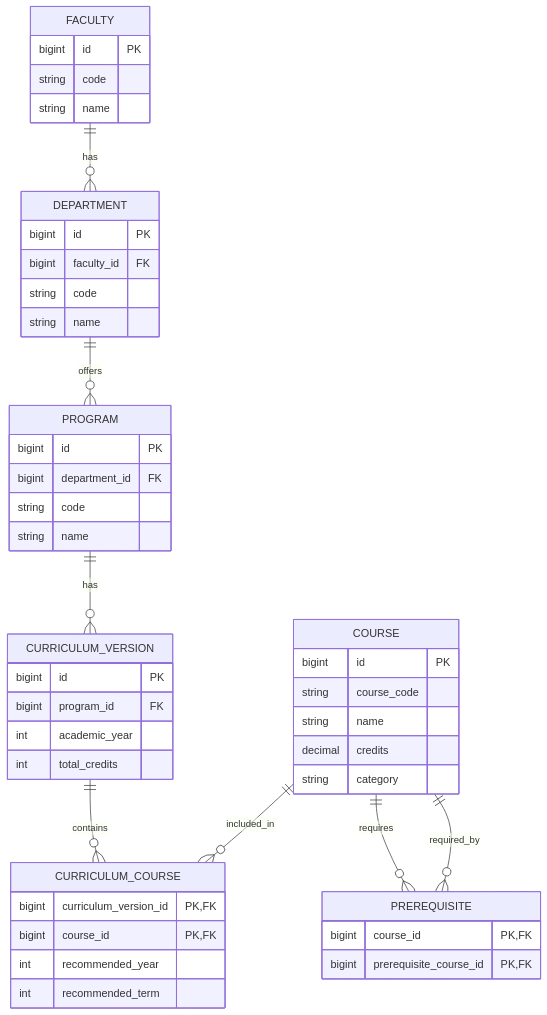
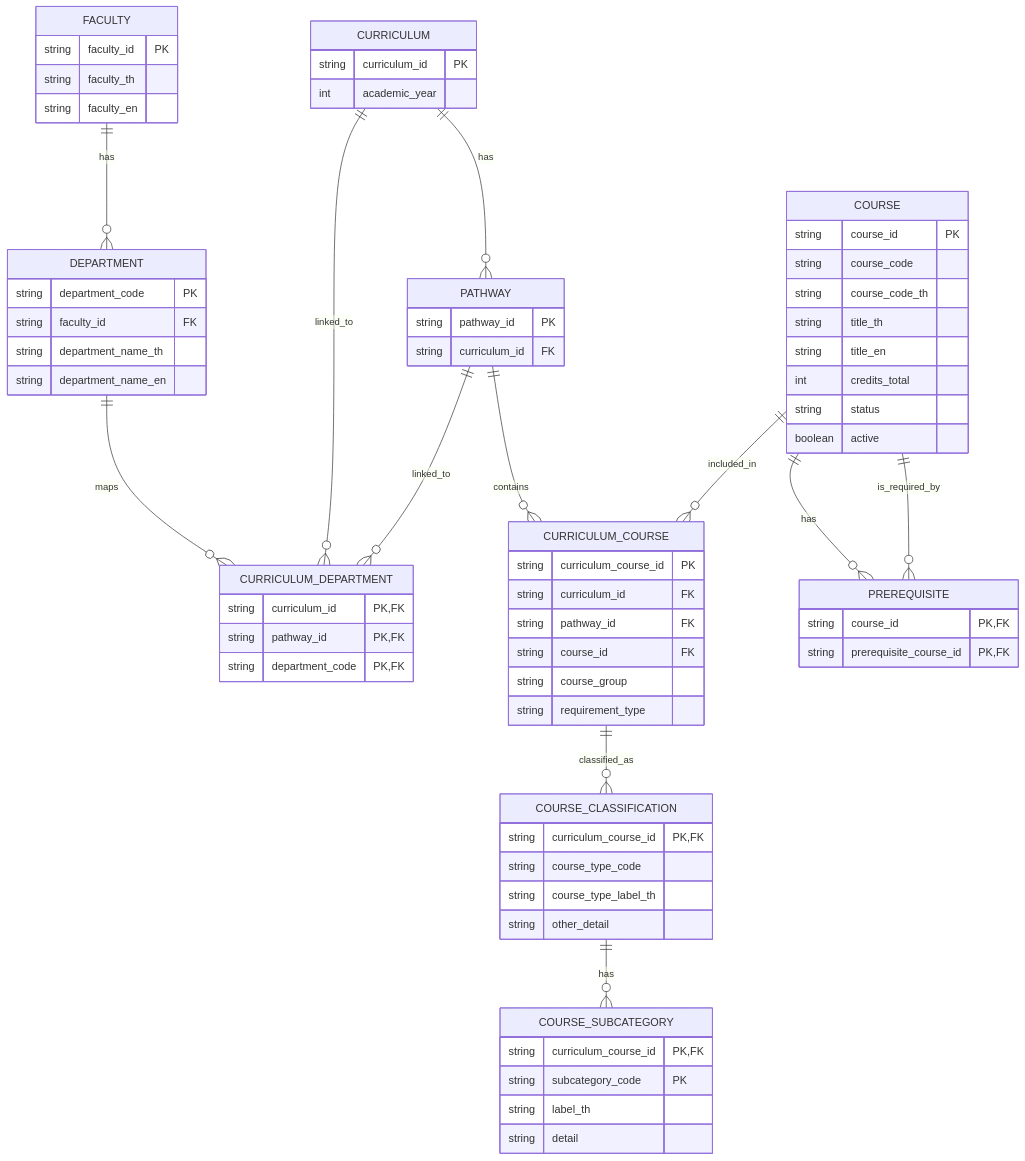
One commit to Songsatit/CS361Project changed the diagram in docs/v2-data-model-erd.md. Above: the diagram before and after it, drawn with Mermaid. The commit also changed other lines of this file, not shown here.

Commit message:
docs: update ERD for API data model

````diff
--- a/docs/v2-data-model-erd.md
+++ b/docs/v2-data-model-erd.md
@@ -9,51 +9,73 @@
 ```mermaid
 erDiagram
     FACULTY ||--o{ DEPARTMENT : has
-    DEPARTMENT ||--o{ PROGRAM : offers
-    PROGRAM ||--o{ CURRICULUM_VERSION : has
-    CURRICULUM_VERSION ||--o{ CURRICULUM_COURSE : contains
+    DEPARTMENT ||--o{ CURRICULUM_DEPARTMENT : maps
+    CURRICULUM ||--o{ PATHWAY : has
+    CURRICULUM ||--o{ CURRICULUM_DEPARTMENT : linked_to
+    PATHWAY ||--o{ CURRICULUM_DEPARTMENT : linked_to
+    PATHWAY ||--o{ CURRICULUM_COURSE : contains
     COURSE ||--o{ CURRICULUM_COURSE : included_in
-    COURSE ||--o{ PREREQUISITE : requires
-    COURSE ||--o{ PREREQUISITE : required_by
+    CURRICULUM_COURSE ||--o{ COURSE_CLASSIFICATION : classified_as
+    COURSE_CLASSIFICATION ||--o{ COURSE_SUBCATEGORY : has
+    COURSE ||--o{ PREREQUISITE : has
+    COURSE ||--o{ PREREQUISITE : is_required_by
 
     FACULTY {
-        bigint id PK
-        string code
-        string name
+        string faculty_id PK
+        string faculty_th
+        string faculty_en
     }
     DEPARTMENT {
-        bigint id PK
-        bigint faculty_id FK
-        string code
-        string name
+        string department_code PK
+        string faculty_id FK
+        string department_name_th
+        string department_name_en
     }
-    PROGRAM {
-        bigint id PK
-        bigint department_id FK
-        string code
-        string name
+    CURRICULUM {
+        string curriculum_id PK
+        int academic_year
     }
-    CURRICULUM_VERSION {
-        bigint id PK
-        bigint program_id FK
-        int academic_year
-        int total_credits
+    PATHWAY {
+        string pathway_id PK
+        string curriculum_id FK
     }
     COURSE {
-        bigint id PK
+        string course_id PK
         string course_code
-        string name
-        decimal credits
-        string category
+        string course_code_th
+        string title_th
+        string title_en
+        int credits_total
+        string status
+        boolean active
     }
     CURRICULUM_COURSE {
-        bigint curriculum_version_id PK, FK
-        bigint course_id PK, FK
-        int recommended_year
-        int recommended_term
+        string curriculum_course_id PK
+        string curriculum_id FK
+        string pathway_id FK
+        string course_id FK
+        string course_group
+        string requirement_type
+    }
+    CURRICULUM_DEPARTMENT {
+        string curriculum_id PK, FK
+        string pathway_id PK, FK
+        string department_code PK, FK
+    }
+    COURSE_CLASSIFICATION {
+        string curriculum_course_id PK, FK
+        string course_type_code
+        string course_type_label_th
+        string other_detail
+    }
+    COURSE_SUBCATEGORY {
+        string curriculum_course_id PK, FK
+        string subcategory_code PK
+        string label_th
+        string detail
     }
     PREREQUISITE {
-        bigint course_id PK, FK
-        bigint prerequisite_course_id PK, FK
+        string course_id PK, FK
+        string prerequisite_course_id PK, FK
     }
 ```
````
